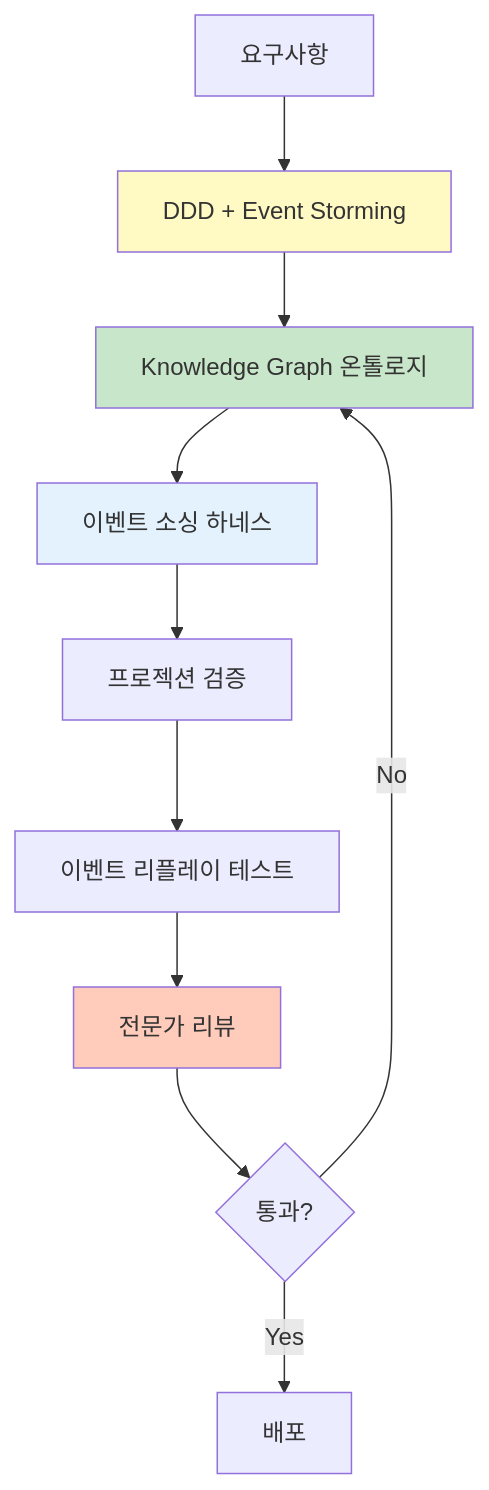
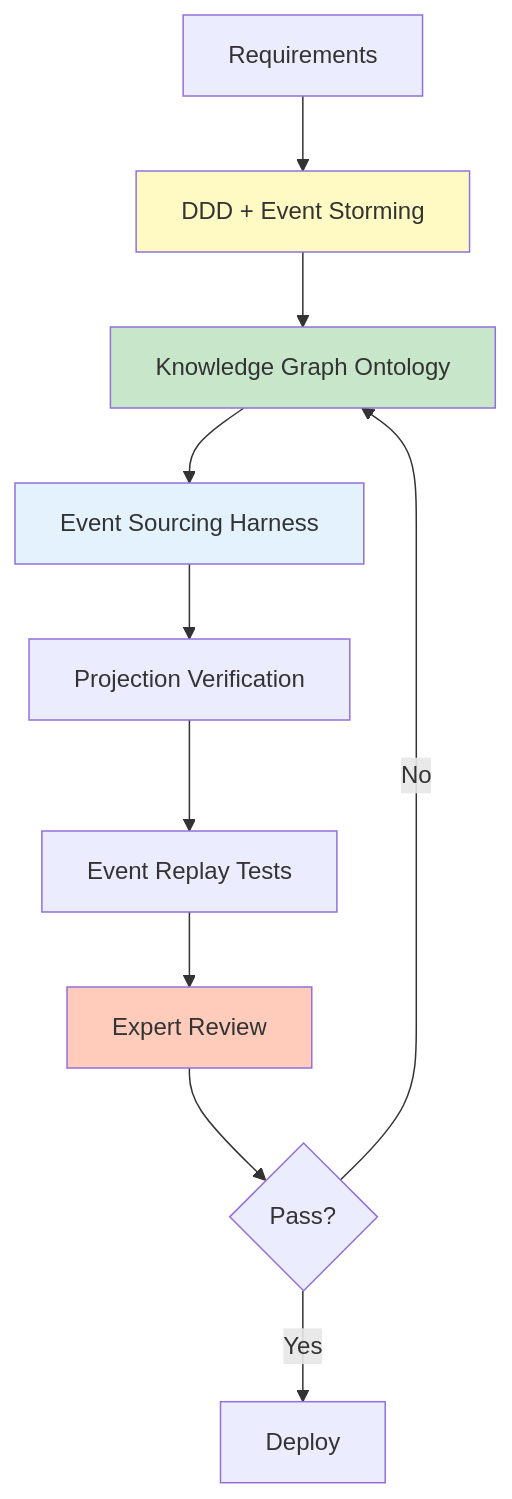
The diagram in docs/aidlc/enterprise/msa-complexity/pattern-guides/l5-event-sourcing.md (devfloor9/engineering-playbook), drawn with Mermaid before and after one commit. The commit also changed other lines of this file and 954 other files, not shown here.

````diff
--- a/docs/aidlc/enterprise/msa-complexity/pattern-guides/l5-event-sourcing.md
+++ b/docs/aidlc/enterprise/msa-complexity/pattern-guides/l5-event-sourcing.md
@@ -30,17 +30,17 @@
 ```mermaid
 graph TB
-    A[요구사항] --> B[DDD + Event Storming]
-    B --> C[Knowledge Graph 온톨로지]
-    C --> D[이벤트 소싱 하네스]
-    D --> E[프로젝션 검증]
-    E --> F[이벤트 리플레이 테스트]
-    F --> G[전문가 리뷰]
-    G --> H{통과?}
-    H -->|Yes| I[배포]
+    A[Requirements] --> B[DDD + Event Storming]
+    B --> C[Knowledge Graph Ontology]
+    C --> D[Event Sourcing Harness]
+    D --> E[Projection Verification]
+    E --> F[Event Replay Tests]
+    F --> G[Expert Review]
+    G --> H{Pass?}
+    H -->|Yes| I[Deploy]
     H -->|No| C
 
     style B fill:#FFF9C4
     style C fill:#C8E6C9
     style D fill:#E3F2FD
     style G fill:#FFCCBC
 ```
````
